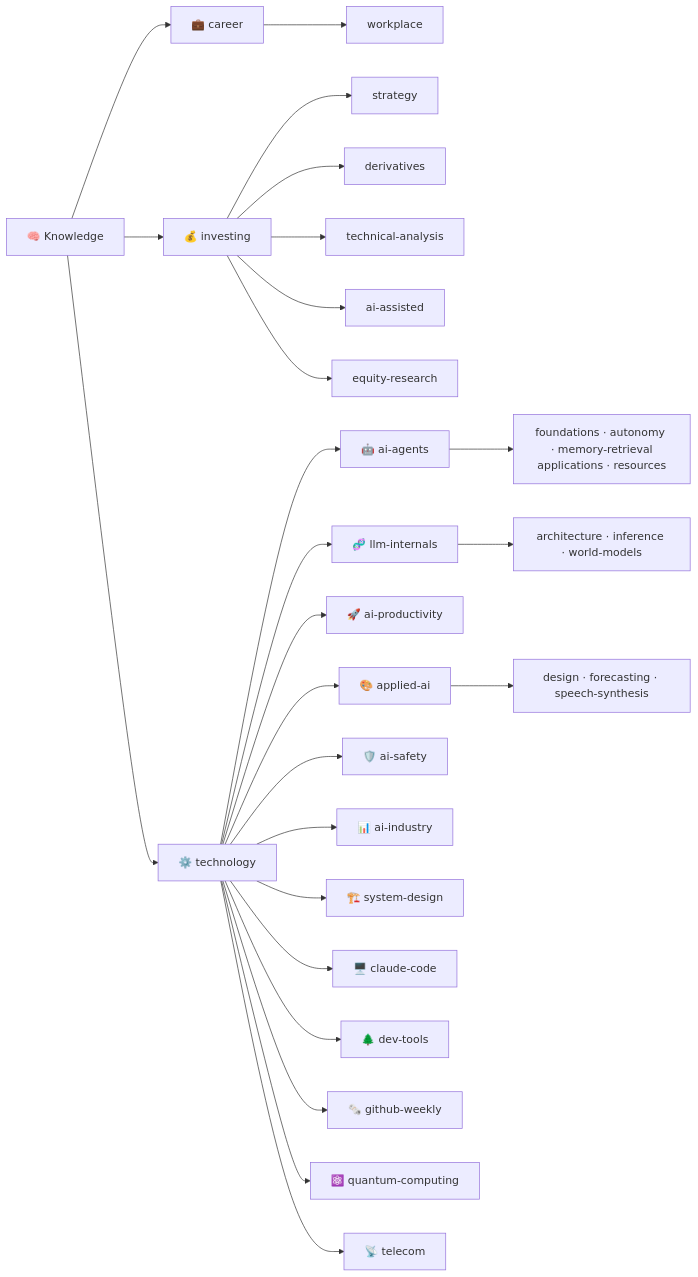
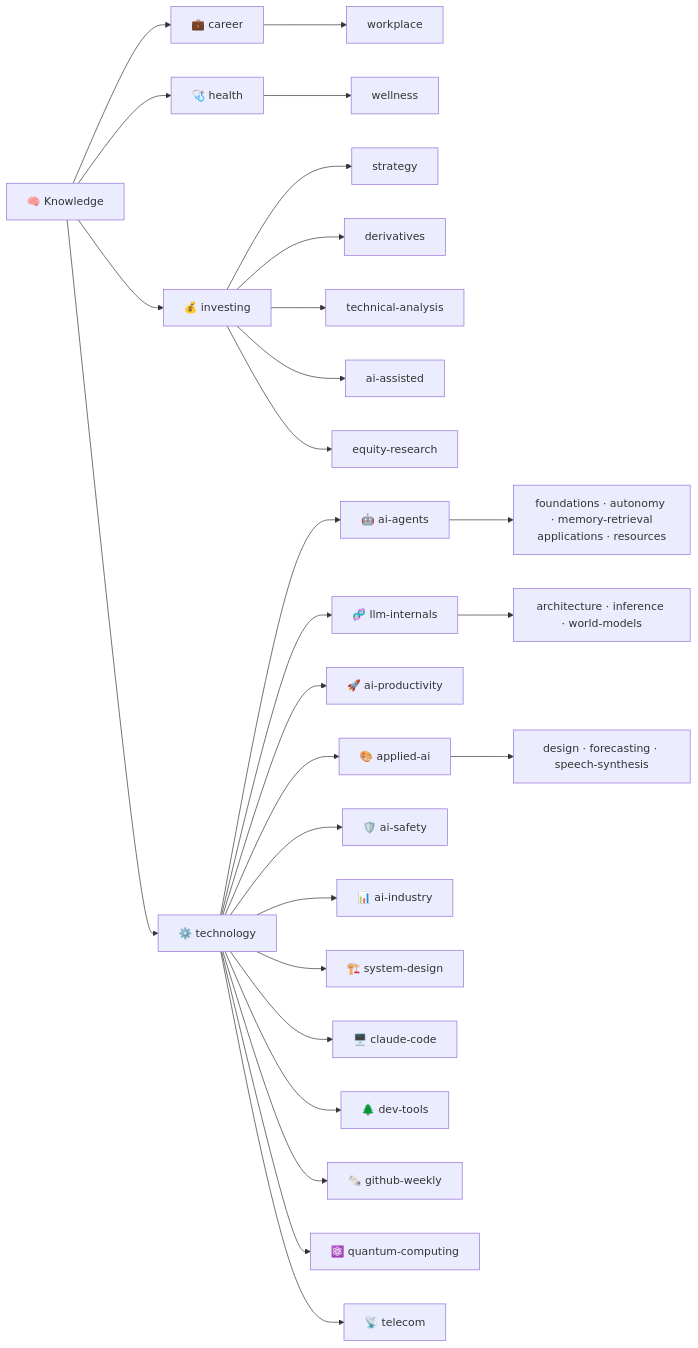
Before and after one commit to shooter2062424/Knowledge: the diagram in README.md, drawn with Mermaid. The commit also changed other lines of this file and 1 other file, not shown here.

First line of the commit message:
[feat] 新增「慢性發炎四個敵人」筆記,開 health 大類

````diff
--- a/README.md
+++ b/README.md
@@ -25,27 +25,29 @@
 ```mermaid
 flowchart LR
     K["🧠 Knowledge"] --> I["💰 investing"]
     K --> T["⚙️ technology"]
     K --> C["💼 career"]
     C --> C1["workplace"]
+    K --> H["🩺 health"]
+    H --> H1["wellness"]
     I --> I1["strategy"]
     I --> I2["derivatives"]
     I --> I3["technical-analysis"]
     I --> I4["ai-assisted"]
     I --> I5["equity-research"]
     T --> T1["🤖 ai-agents"]
     T --> T2["🧬 llm-internals"]
     T --> T3["🚀 ai-productivity"]
     T --> T4["🎨 applied-ai"]
     T --> T7["🛡️ ai-safety"]
     T --> T9["📊 ai-industry"]
     T --> T10["🏗️ system-design"]
     T --> T8["🖥️ claude-code"]
     T --> T11["🌲 dev-tools"]
     T --> T12["🗞️ github-weekly"]
     T --> T6["⚛️ quantum-computing"]
     T --> T5["📡 telecom"]
     T1 --> T1a["foundations · autonomy · memory-retrieval<br/>applications · resources"]
     T2 --> T2a["architecture · inference · world-models"]
     T4 --> T4a["design · forecasting · speech-synthesis"]
 ```
````
